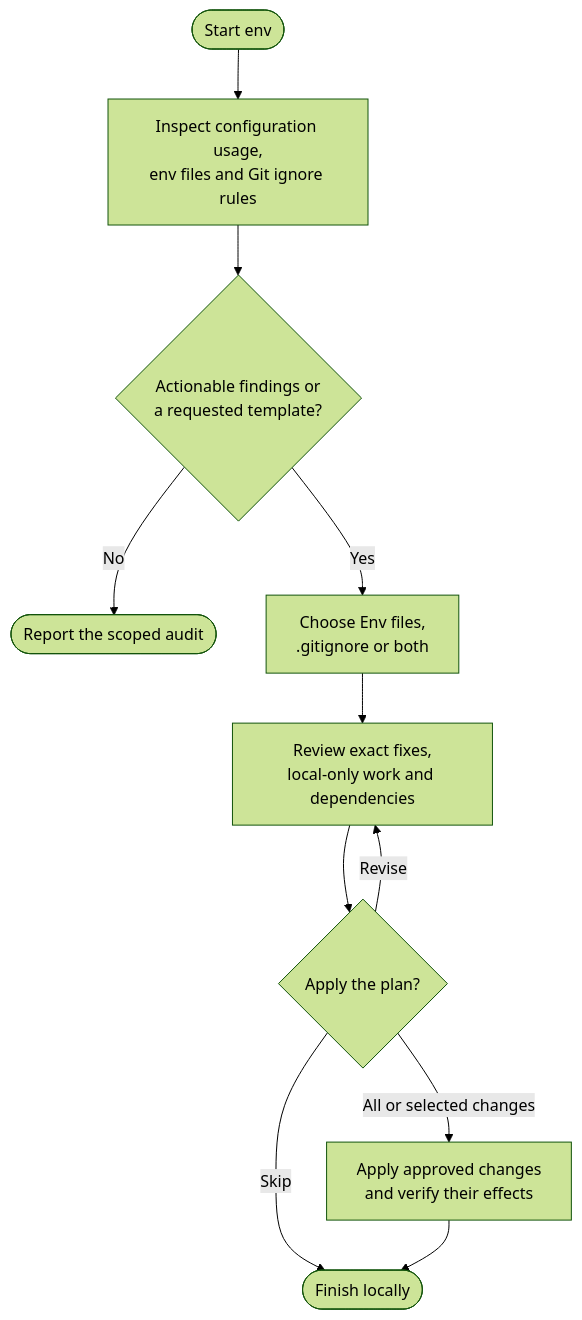
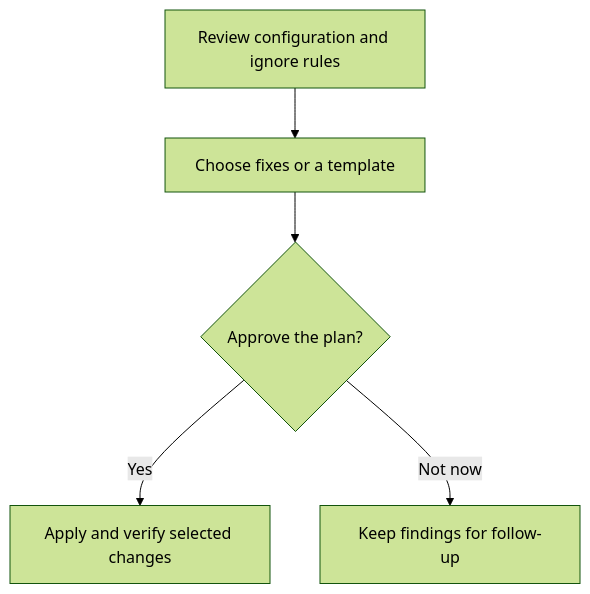
The diagram in docs/commands/env.md (myowinthein/agent-helm), drawn with Mermaid (forest theme) before and after one commit. The commit also changed other lines of this file and 20 other files, not shown here.

````diff
--- a/docs/commands/env.md
+++ b/docs/commands/env.md
@@ -24,13 +14,7 @@
 ```mermaid
 flowchart TD
-  Start(["Start env"]) --> Audit["Inspect configuration usage,<br/>env files and Git ignore rules"]
-  Audit --> Findings{"Actionable findings or<br/>a requested template?"}
-  Findings -->|No| Report(["Report the scoped audit"])
-  Findings -->|Yes| Select["Choose Env files,<br/>.gitignore or both"]
-  Select --> Plan["Review exact fixes,<br/>local-only work and dependencies"]
-  Plan --> Choice{"Apply the plan?"}
-  Choice -->|Revise| Plan
-  Choice -->|Skip| Finish(["Finish locally"])
-  Choice -->|All or selected changes| Apply["Apply approved changes<br/>and verify their effects"]
-  Apply --> Finish
+  Audit["Review configuration and ignore rules"] --> Select["Choose fixes or a template"]
+  Select --> Approve{"Approve the plan?"}
+  Approve -->|Yes| Apply["Apply and verify selected changes"]
+  Approve -->|Not now| Report["Keep findings for follow-up"]
 ```
````
